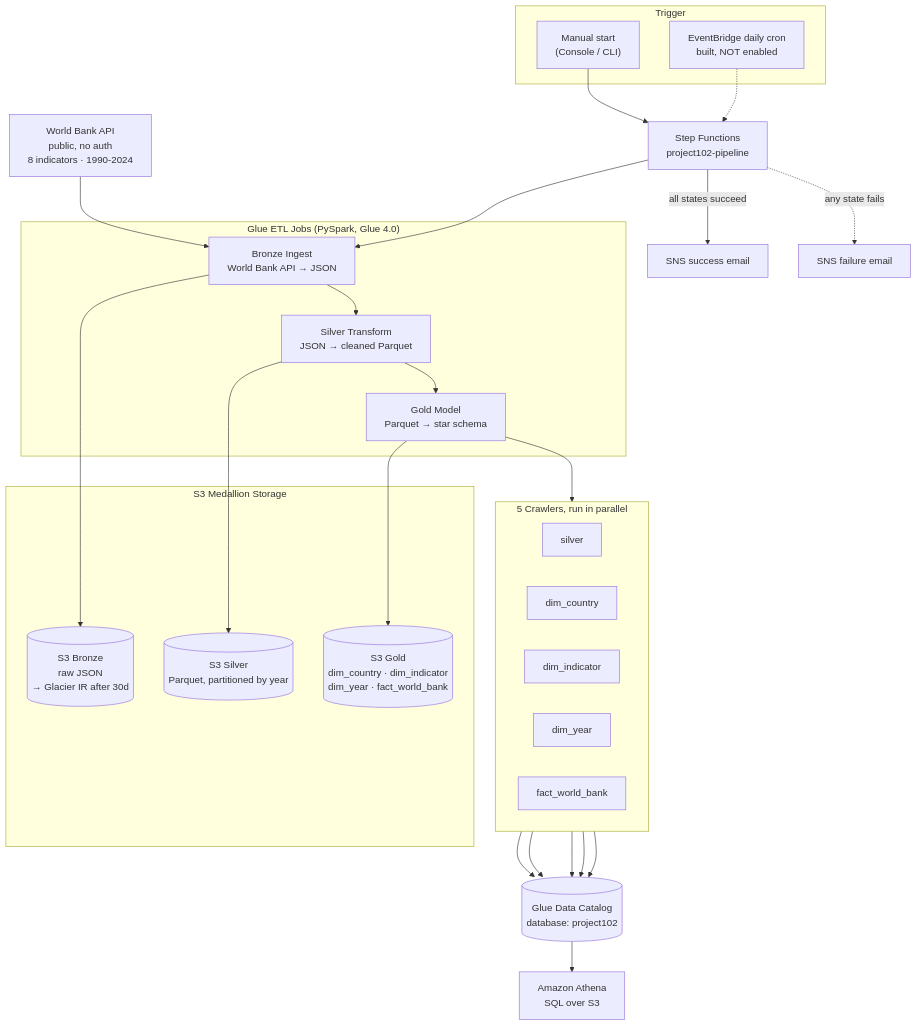
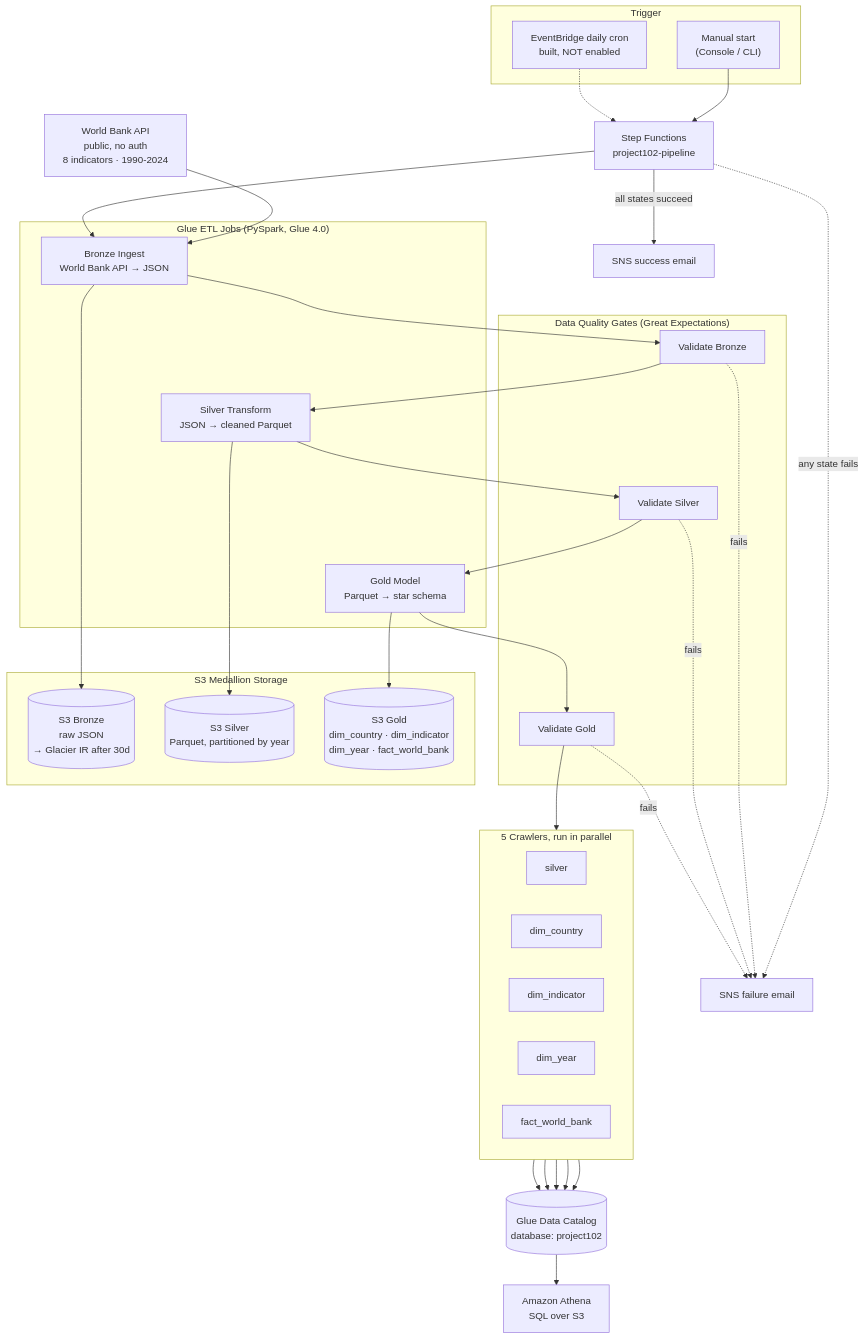
The first of 2 diagrams in README.md (Thierry0326/Project102_AWS_Pipeline), drawn with Mermaid before and after one commit. The commit also changed other lines of this file, not shown here.

First line of the commit message:
Docs: Update README with CI/CD and data quality validation

````diff
--- a/README.md
+++ b/README.md
@@ -22,48 +27,59 @@
 ```mermaid
 flowchart TD
     WB["World Bank API<br/>public, no auth<br/>8 indicators · 1990-2024"]
 
     subgraph Trigger["Trigger"]
         Manual["Manual start<br/>(Console / CLI)"]
         EB["EventBridge daily cron<br/>built, NOT enabled"]
     end
 
     SF["Step Functions<br/>project102-pipeline"]
 
     subgraph ETL["Glue ETL Jobs (PySpark, Glue 4.0)"]
         Bronze["Bronze Ingest<br/>World Bank API → JSON"]
         Silver["Silver Transform<br/>JSON → cleaned Parquet"]
         Gold["Gold Model<br/>Parquet → star schema"]
+    end
+
+    subgraph DQ["Data Quality Gates (Great Expectations)"]
+        VB["Validate Bronze"]
+        VS["Validate Silver"]
+        VG["Validate Gold"]
     end
 
     subgraph Storage["S3 Medallion Storage"]
         S3B[("S3 Bronze<br/>raw JSON<br/>→ Glacier IR after 30d")]
         S3S[("S3 Silver<br/>Parquet, partitioned by year")]
         S3G[("S3 Gold<br/>dim_country · dim_indicator<br/>dim_year · fact_world_bank")]
     end
 
     subgraph Crawl["5 Crawlers, run in parallel"]
         direction LR
         C1["silver"]
         C2["dim_country"]
         C3["dim_indicator"]
         C4["dim_year"]
         C5["fact_world_bank"]
     end
 
     Catalog[("Glue Data Catalog<br/>database: project102")]
     Athena["Amazon Athena<br/>SQL over S3"]
     OK["SNS success email"]
     FAIL["SNS failure email"]
 
     WB --> Bronze
     Manual --> SF
     EB -.-> SF
     SF --> Bronze --> S3B
-    Bronze --> Silver --> S3S
-    Silver --> Gold --> S3G
-    Gold --> Crawl
+    Bronze --> VB --> Silver
+    Silver --> S3S
+    Silver --> VS --> Gold
+    Gold --> S3G
+    Gold --> VG --> Crawl
     C1 & C2 & C3 & C4 & C5 --> Catalog --> Athena
     SF -->|all states succeed| OK
     SF -.->|any state fails| FAIL
+    VB -.->|fails| FAIL
+    VS -.->|fails| FAIL
+    VG -.->|fails| FAIL
 ```
````
